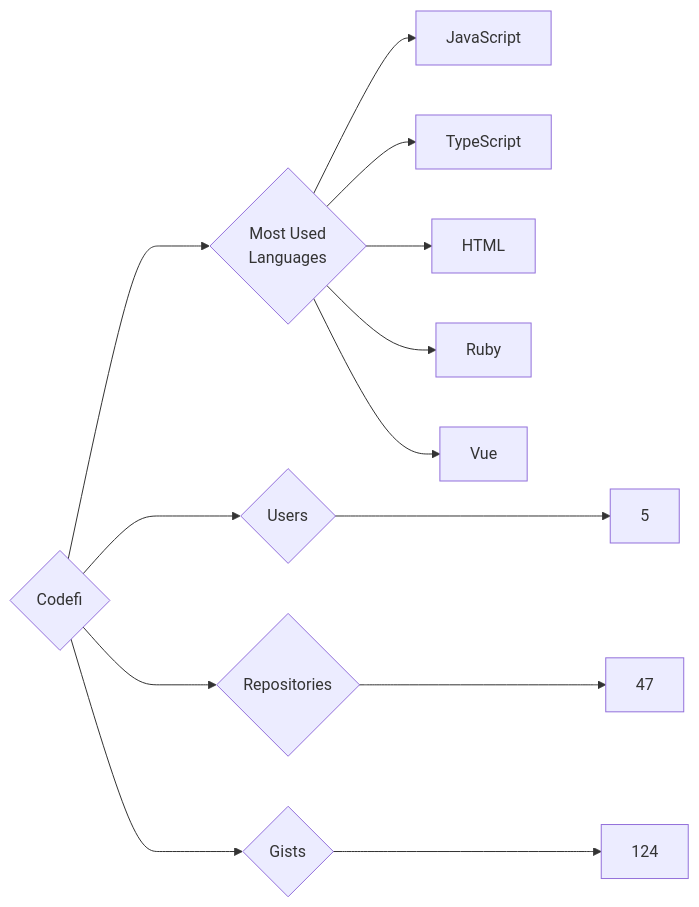
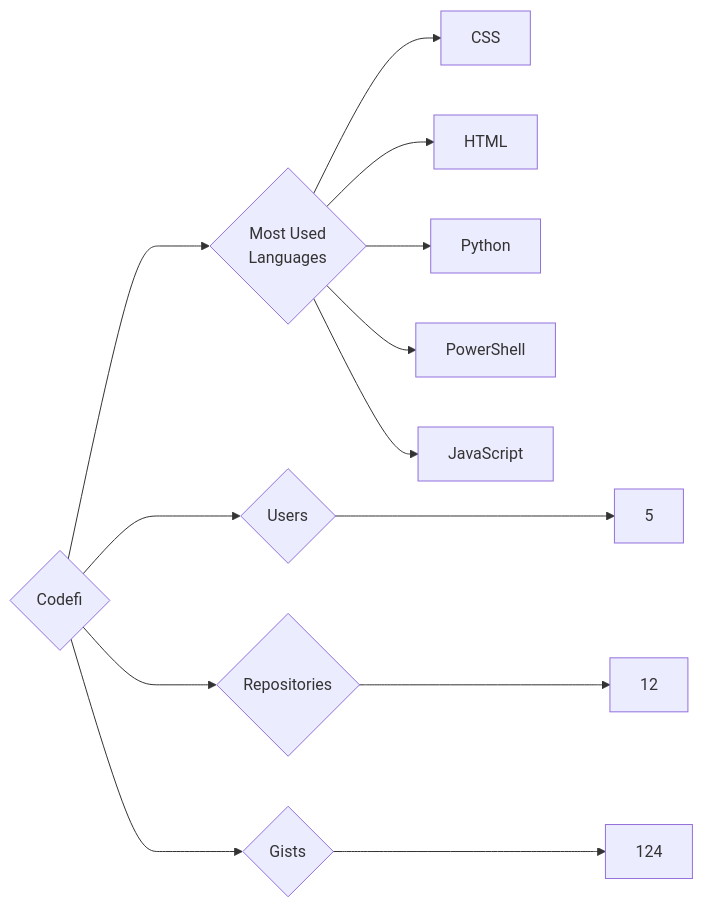
The diagram in targets/Codefi/README.md (trickest/insiders), drawn with Mermaid before and after one commit. The commit also changed 891 other files, not shown here.

````diff
--- a/targets/Codefi/README.md
+++ b/targets/Codefi/README.md
@@ -3,13 +3,13 @@
 ```mermaid
 graph LR
 COMPANY_NAME{Codefi}
 COMPANY_NAME ---> U{Users} ---> UN[5]
-COMPANY_NAME ---> R{Repositories} ---> RN[47]
+COMPANY_NAME ---> R{Repositories} ---> RN[12]
 COMPANY_NAME ---> G{Gists} ---> GN[124]
 COMPANY_NAME ---> ML{Most Used<br>Languages}
+ML --> CSS[CSS]
+ML --> HTML[HTML]
+ML --> Python[Python]
+ML --> PowerShell[PowerShell]
 ML --> JavaScript[JavaScript]
-ML --> TypeScript[TypeScript]
-ML --> HTML[HTML]
-ML --> Ruby[Ruby]
-ML --> Vue[Vue]
 ```
````
